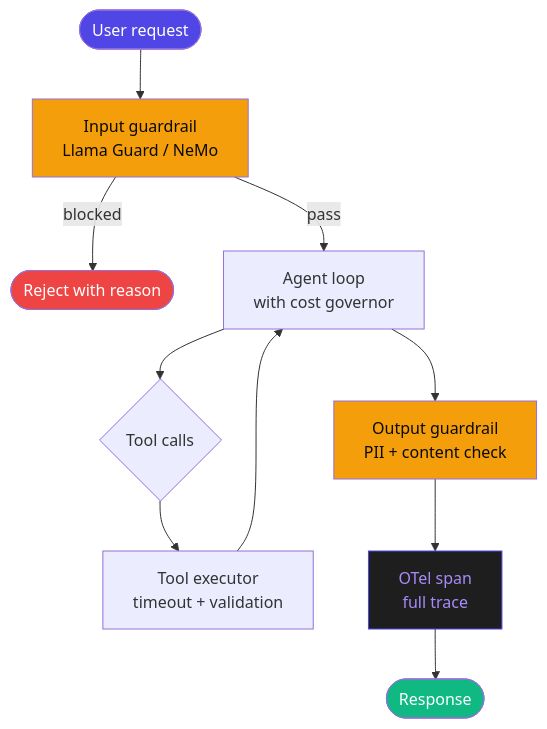
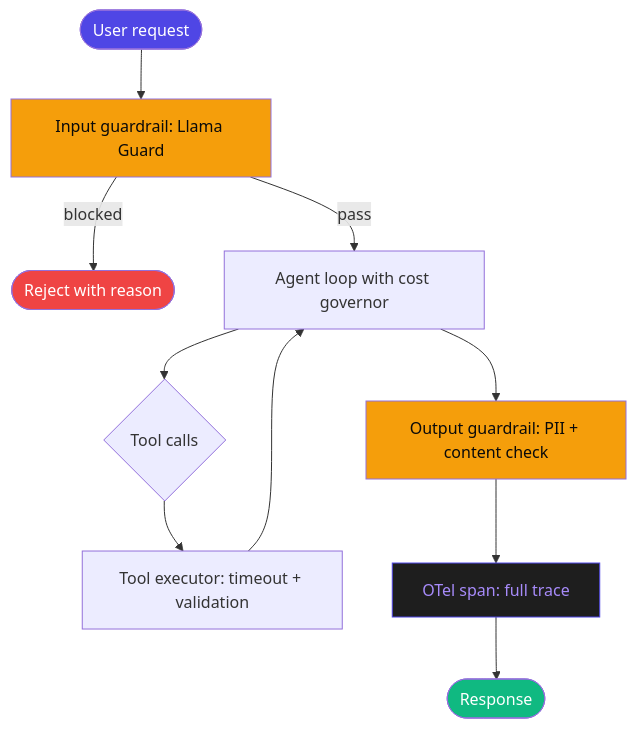
One commit to thepandanlabs/applied-ai-from-scratch changed the eighth of 8 diagrams in slides/phase-04-agents.md. Above: the diagram before and after it, drawn with Mermaid. The commit also changed other lines of this file and 1 other file, not shown here.

First line of the commit message:
fix(slides): mermaid syntax errors and table bottom border

```diff
--- a/slides/phase-04-agents.md
+++ b/slides/phase-04-agents.md
@@ -356,19 +345,18 @@
 <div class="mermaid">
 flowchart TD
-    A([User request]) --> B[Input guardrail\nLlama Guard / NeMo]
+    A([User request]) --> B[Input guardrail: Llama Guard]
     B -->|blocked| C([Reject with reason])
-    B -->|pass| D[Agent loop\nwith cost governor]
+    B -->|pass| D[Agent loop with cost governor]
     D --> E{Tool calls}
-    E --> F[Tool executor\ntimeout + validation]
+    E --> F[Tool executor: timeout + validation]
     F --> D
-    D --> G[Output guardrail\nPII + content check]
-    G --> H[OTel span\nfull trace]
+    D --> G[Output guardrail: PII + content check]
+    G --> H[OTel span: full trace]
     H --> I([Response])
-
     style A fill:#4f46e5,color:#fff
     style C fill:#ef4444,color:#fff
     style I fill:#10b981,color:#fff
     style B fill:#f59e0b,color:#0a0a0a
     style G fill:#f59e0b,color:#0a0a0a
     style H fill:#1e1e1e,color:#a78bfa,stroke:#4f46e5
 </div>
```
